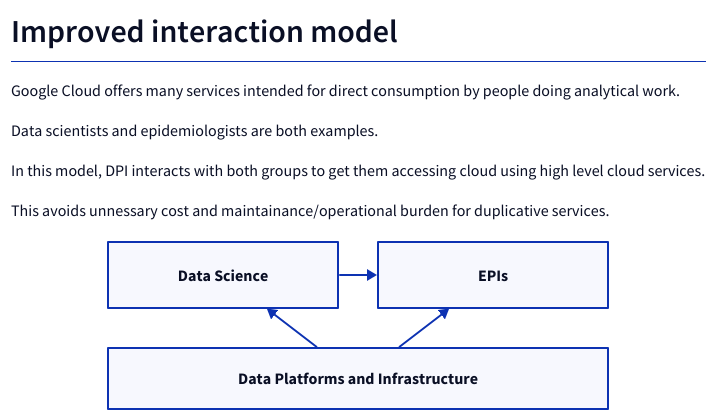
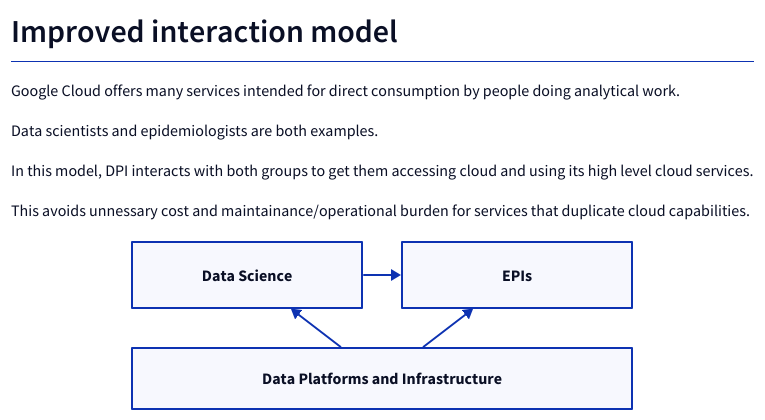
Before and after one commit to sleepycat/diagrams: the diagram in interactions-a.d2, drawn with D2. The commit also changed 3 other files, not shown here.

```diff
--- a/interactions-a.d2
+++ b/interactions-a.d2
@@ -1,21 +1,21 @@
 explanation: |md
   # Improved interaction model
   Google Cloud offers many services intended for direct consumption by people doing analytical work.
 
   Data scientists and epidemiologists are both examples.
 
-  In this model, DPI interacts with both groups to get them accessing cloud using high level cloud services.
+  In this model, DPI interacts with both groups to get them accessing cloud and using its high level cloud services.
 
-This avoids unnessary cost and maintainance/operational burden for duplicative services.
+  This avoids unnessary cost and maintainance/operational burden for services that duplicate cloud capabilities.
 | {
   near: top-center
 }
 
 grid-rows: 2
 Data Science
 EPIs
 Data Platforms and Infrastructure.width: 500
 
 Data Science -> EPIs
 Data Platforms and Infrastructure -> Data Science
 Data Platforms and Infrastructure -> EPIs
```
